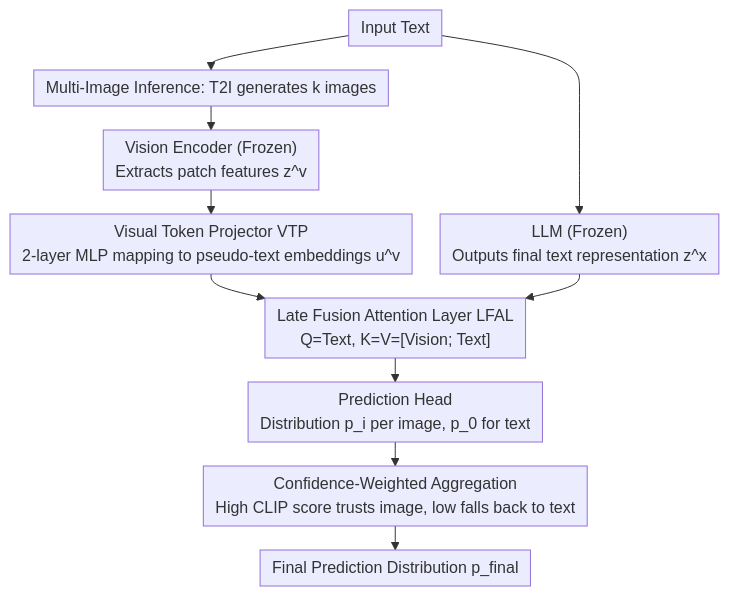
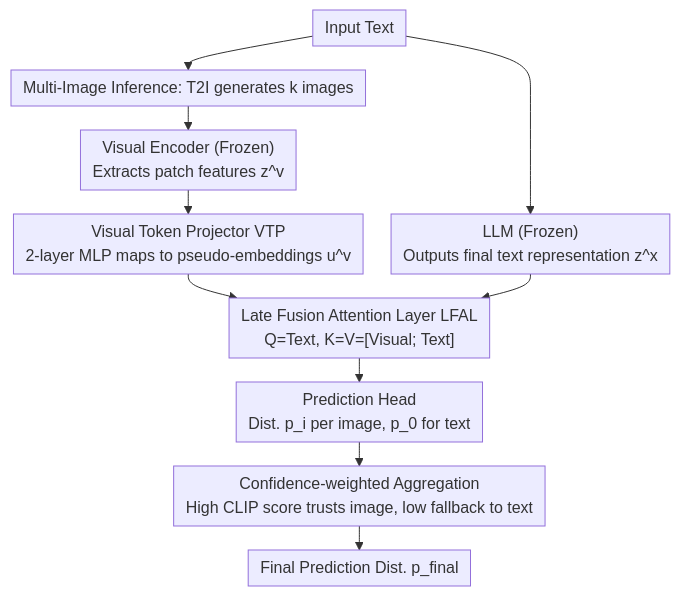
Before and after one commit to zhaoyang97/Paper-Notes-en: the diagram in docs/ACL2026/multimodal_vlm/lami_augmenting_large_language_models_via_late_multi-image_fusion.md, drawn with Mermaid. The commit also changed other lines of this file and 5084 other files, not shown here.

````diff
--- a/docs/ACL2026/multimodal_vlm/lami_augmenting_large_language_models_via_late_multi-image_fusion.md
+++ b/docs/ACL2026/multimodal_vlm/lami_augmenting_large_language_models_via_late_multi-image_fusion.md
@@ -44,13 +44,13 @@
 ```mermaid
 %%{init: {'flowchart': {'rankSpacing': 24, 'nodeSpacing': 28, 'padding': 6, 'wrappingWidth': 400}}}%%
 flowchart TD
     Q["Input Text"] --> GEN["Multi-Image Inference: T2I generates k images"]
     Q --> LLM["LLM (Frozen)<br/>Outputs final text representation z^x"]
-    GEN --> ENC["Vision Encoder (Frozen)<br/>Extracts patch features z^v"]
-    ENC --> VTP["Visual Token Projector VTP<br/>2-layer MLP mapping to pseudo-text embeddings u^v"]
-    VTP --> LFAL["Late Fusion Attention Layer LFAL<br/>Q=Text, K=V=[Vision; Text]"]
+    GEN --> ENC["Visual Encoder (Frozen)<br/>Extracts patch features z^v"]
+    ENC --> VTP["Visual Token Projector VTP<br/>2-layer MLP maps to pseudo-embeddings u^v"]
+    VTP --> LFAL["Late Fusion Attention Layer LFAL<br/>Q=Text, K=V=[Visual; Text]"]
     LLM --> LFAL
-    LFAL --> HEAD["Prediction Head<br/>Distribution p_i per image, p_0 for text"]
-    HEAD --> AGG["Confidence-Weighted Aggregation<br/>High CLIP score trusts image, low falls back to text"]
-    AGG --> OUT["Final Prediction Distribution p_final"]
+    LFAL --> HEAD["Prediction Head<br/>Dist. p_i per image, p_0 for text"]
+    HEAD --> AGG["Confidence-weighted Aggregation<br/>High CLIP score trusts image, low fallback to text"]
+    AGG --> OUT["Final Prediction Dist. p_final"]
 ```
````
